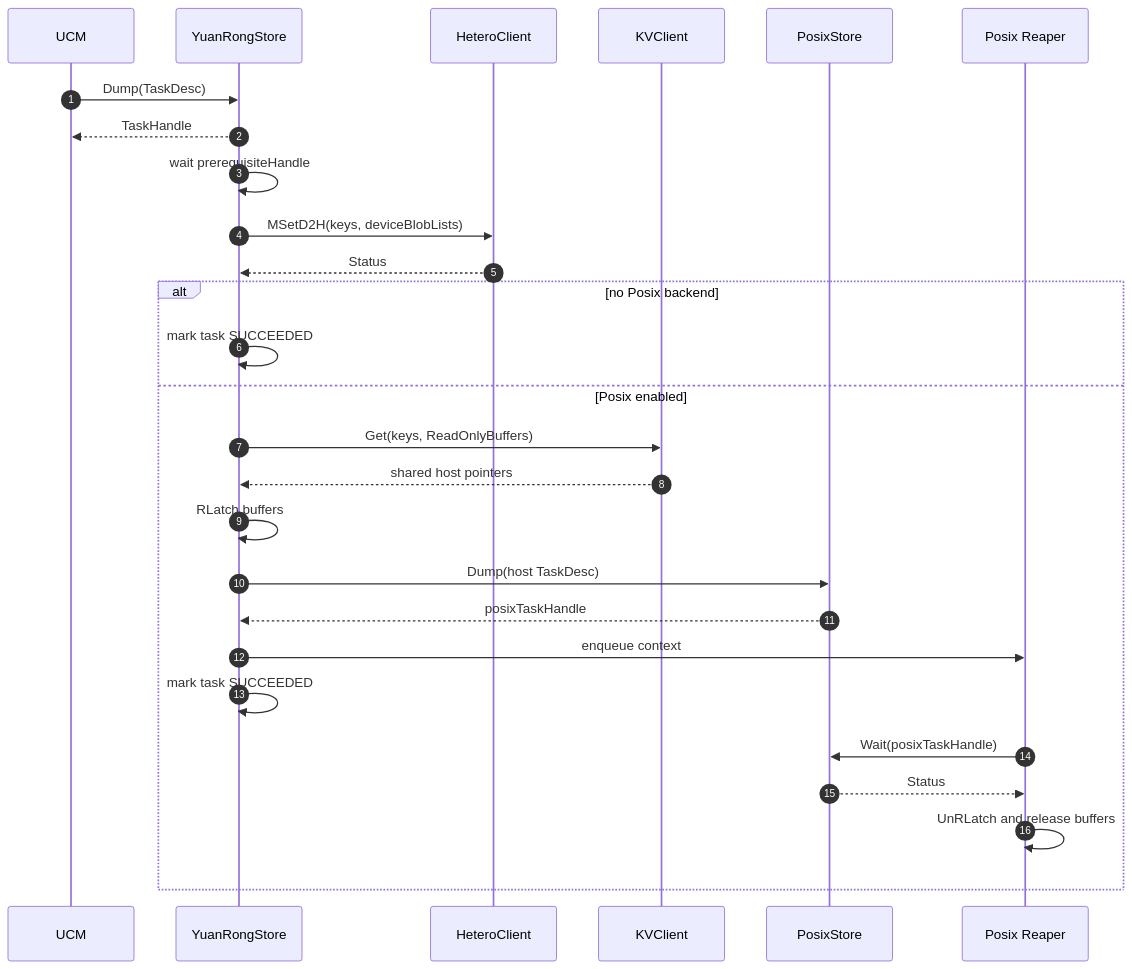
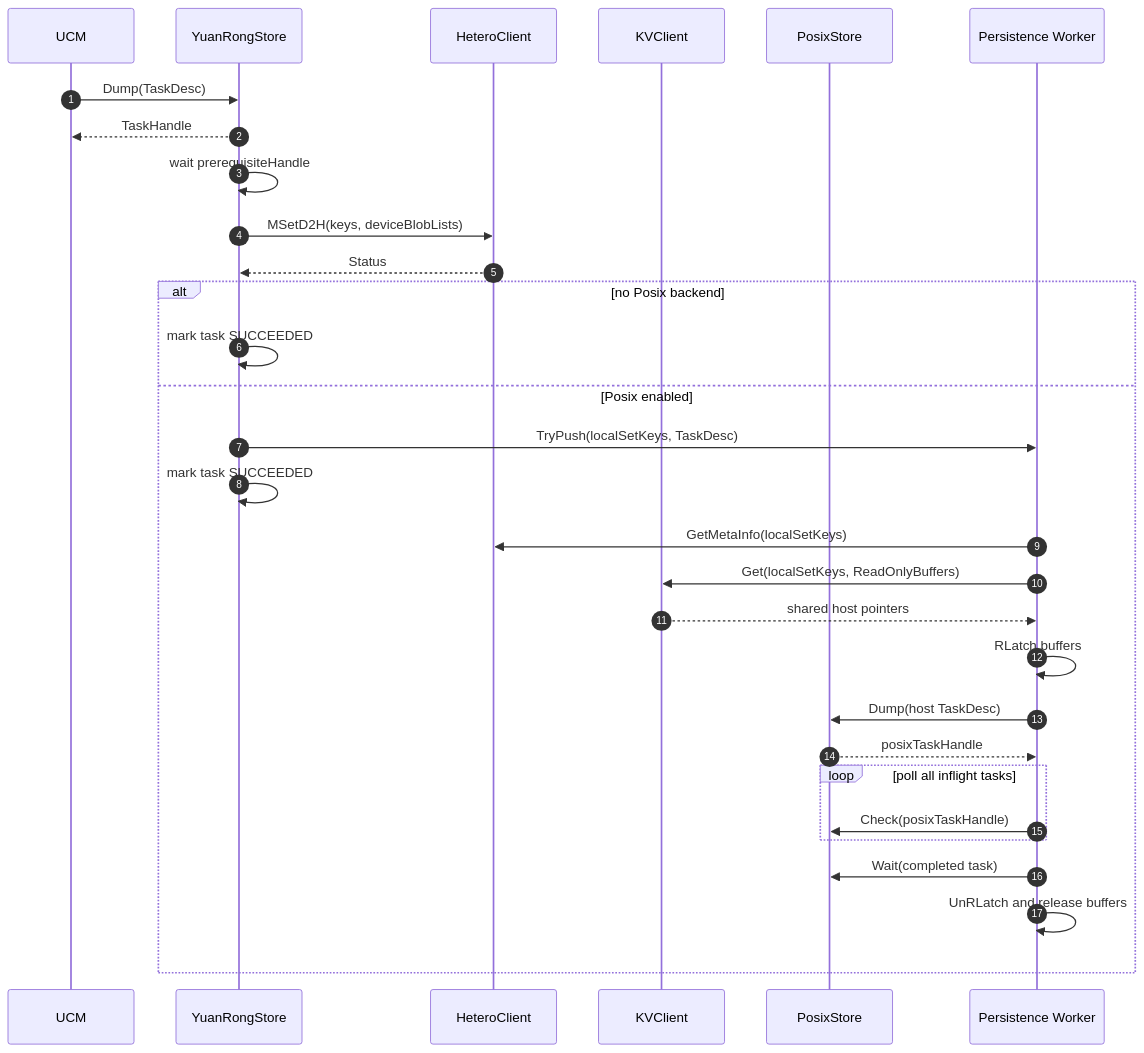
The fourth of 8 diagrams in yuanrong_store_adaptation_design.md (dante159753/unified-cache-management), drawn with Mermaid before and after one commit. The commit also changed other lines of this file and 7 other files, not shown here.

````diff
--- a/yuanrong_store_adaptation_design.md
+++ b/yuanrong_store_adaptation_design.md
@@ -169,33 +170,36 @@
 ```mermaid
 sequenceDiagram
     autonumber
     participant UCM
     participant YR as YuanRongStore
     participant HC as HeteroClient
     participant KC as KVClient
     participant PX as PosixStore
-    participant BG as Posix Reaper
+    participant BG as Persistence Worker
 
     UCM->>YR: Dump(TaskDesc)
     YR-->>UCM: TaskHandle
 
     YR->>YR: wait prerequisiteHandle
     YR->>HC: MSetD2H(keys, deviceBlobLists)
     HC-->>YR: Status
 
     alt no Posix backend
         YR->>YR: mark task SUCCEEDED
     else Posix enabled
-        YR->>KC: Get(keys, ReadOnlyBuffers)
-        KC-->>YR: shared host pointers
-        YR->>YR: RLatch buffers
-        YR->>PX: Dump(host TaskDesc)
-        PX-->>YR: posixTaskHandle
-        YR->>BG: enqueue context
+        YR->>BG: TryPush(localSetKeys, TaskDesc)
         YR->>YR: mark task SUCCEEDED
 
-        BG->>PX: Wait(posixTaskHandle)
-        PX-->>BG: Status
+        BG->>HC: GetMetaInfo(localSetKeys)
+        BG->>KC: Get(localSetKeys, ReadOnlyBuffers)
+        KC-->>BG: shared host pointers
+        BG->>BG: RLatch buffers
+        BG->>PX: Dump(host TaskDesc)
+        PX-->>BG: posixTaskHandle
+        loop poll all inflight tasks
+            BG->>PX: Check(posixTaskHandle)
+        end
+        BG->>PX: Wait(completed task)
         BG->>BG: UnRLatch and release buffers
     end
 ```
````
